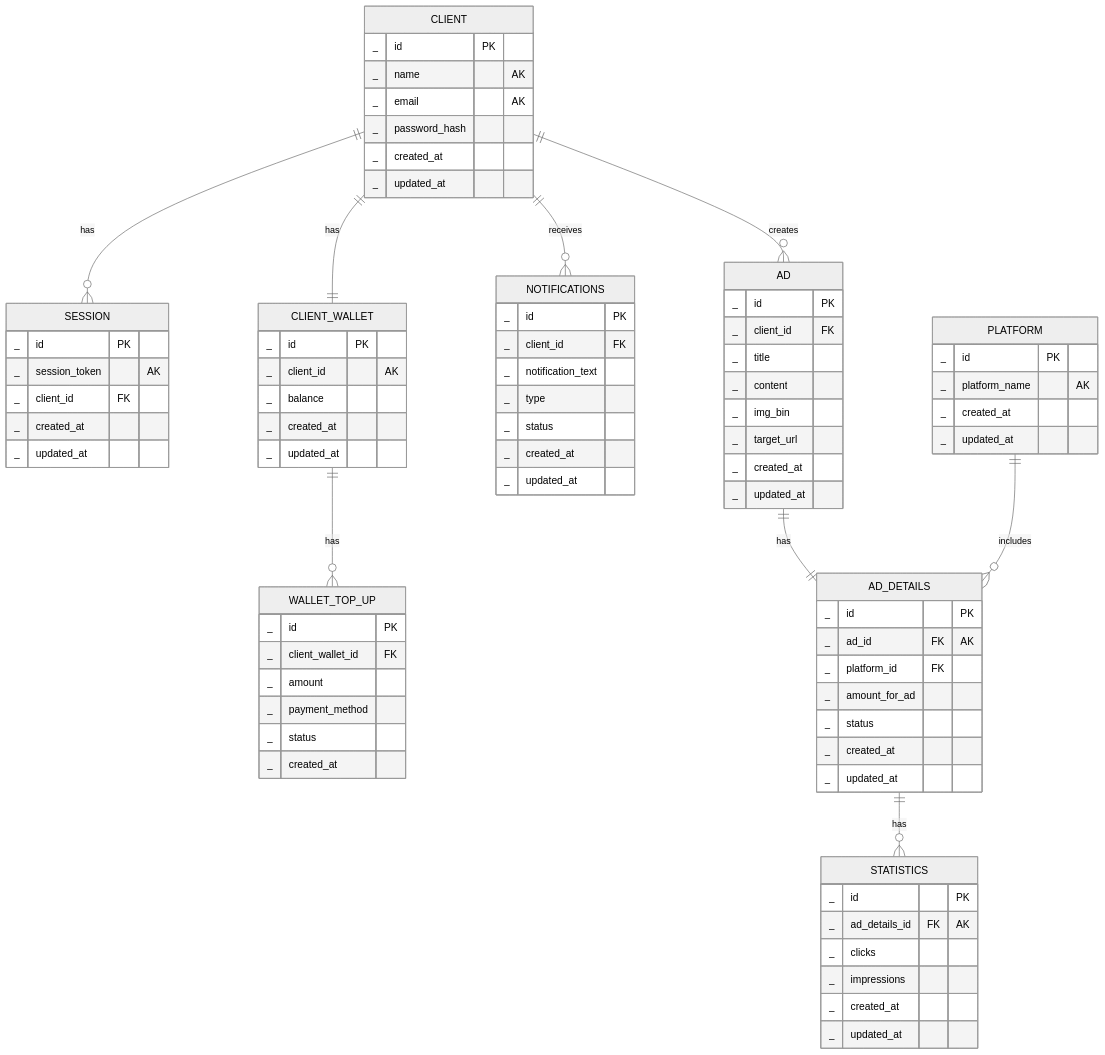
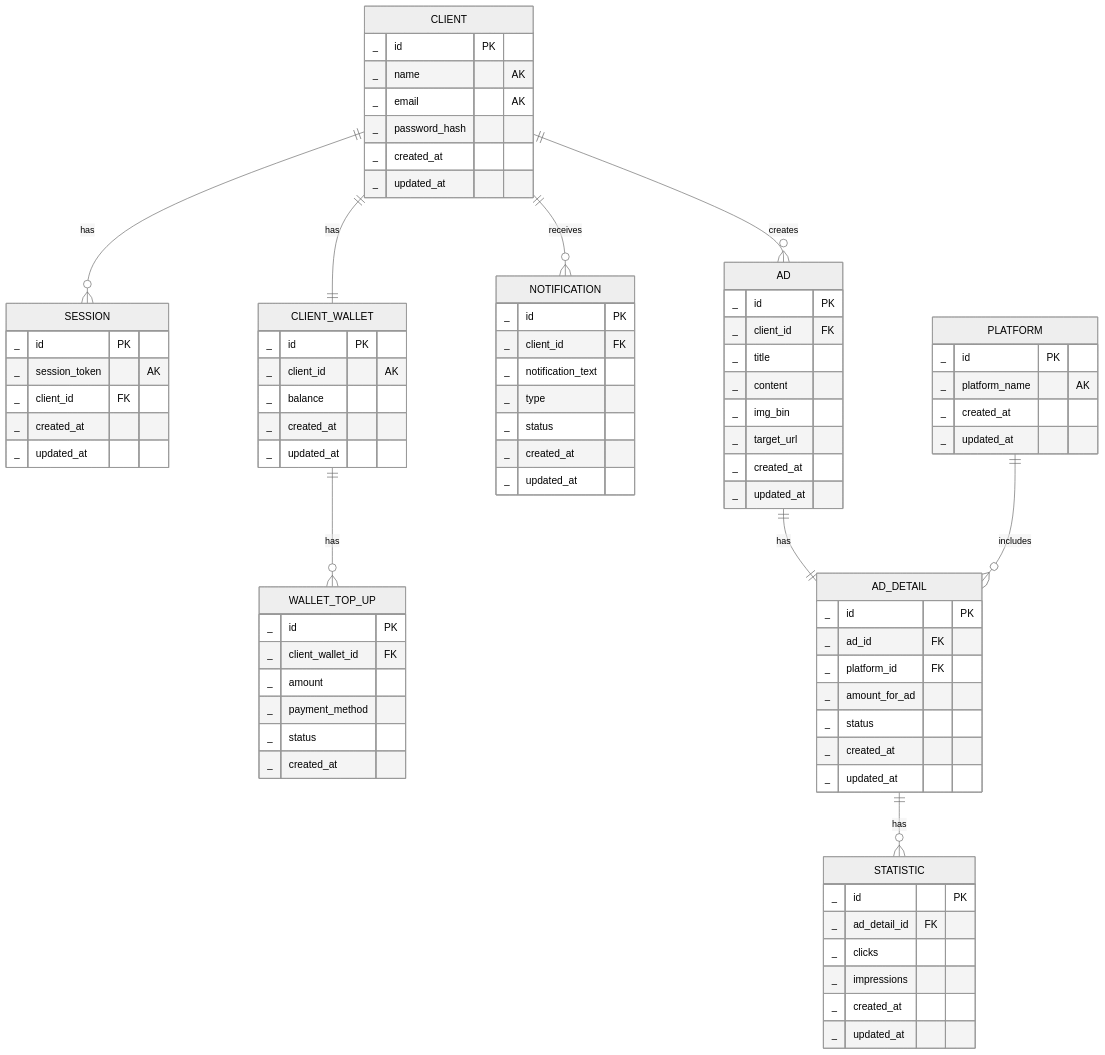
One commit to go-park-mail-ru/2025_2_404 changed the second of 2 diagrams in db/normalized/RELATIONS.md. Above: the diagram before and after it, drawn with Mermaid (neutral theme). The commit also changed other lines of this file and 1 other file, not shown here.

````diff
--- a/db/normalized/RELATIONS.md
+++ b/db/normalized/RELATIONS.md
@@ -137,7 +137,7 @@
         _ status
         _ created_at
     }
-    NOTIFICATIONS {
+    NOTIFICATION {
         _ id PK
         _ client_id FK
         _ notification_text
@@ -162,31 +162,31 @@
         _ created_at
         _ updated_at
     }
-    AD_DETAILS {
+    AD_DETAIL {
         _ id "PK"
-        _ ad_id FK "AK"
+        _ ad_id FK
         _ platform_id FK
         _ amount_for_ad
         _ status
         _ created_at
         _ updated_at
     }
-    STATISTICS {
+    STATISTIC {
         _ id "PK"
-        _ ad_details_id FK "AK" 
+        _ ad_detail_id FK  
         _ clicks
         _ impressions
         _ created_at
         _ updated_at
     }
     CLIENT ||--|| CLIENT_WALLET : has
-    CLIENT ||--o{ NOTIFICATIONS : receives
+    CLIENT ||--o{ NOTIFICATION : receives
     CLIENT ||--o{ SESSION : has
     CLIENT ||--o{ AD : creates
     
     CLIENT_WALLET ||--o{ WALLET_TOP_UP : has
     
-    AD ||--|| AD_DETAILS : has
-    PLATFORM ||--o{ AD_DETAILS : includes
-    AD_DETAILS ||--o{ STATISTICS : has
+    AD ||--|| AD_DETAIL : has
+    PLATFORM ||--o{ AD_DETAIL : includes
+    AD_DETAIL ||--o{ STATISTIC : has
 ```
````
